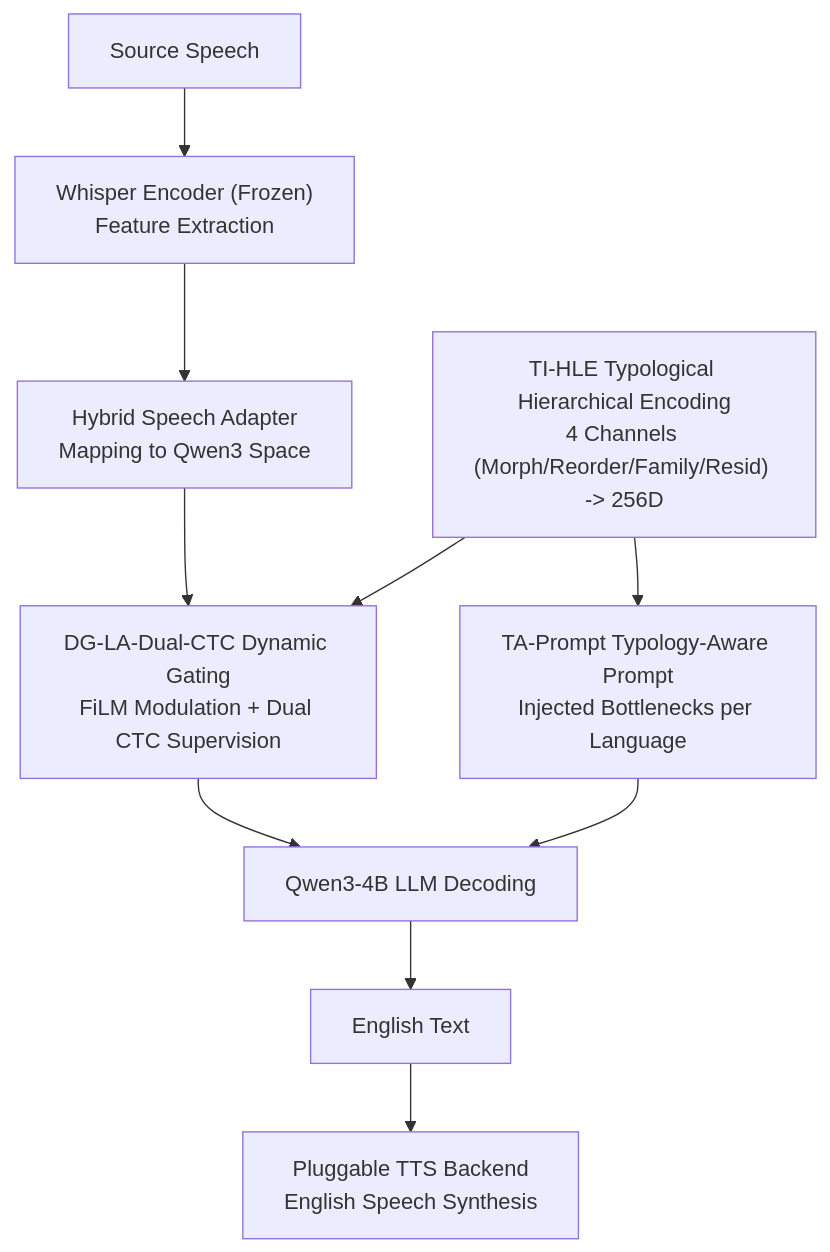
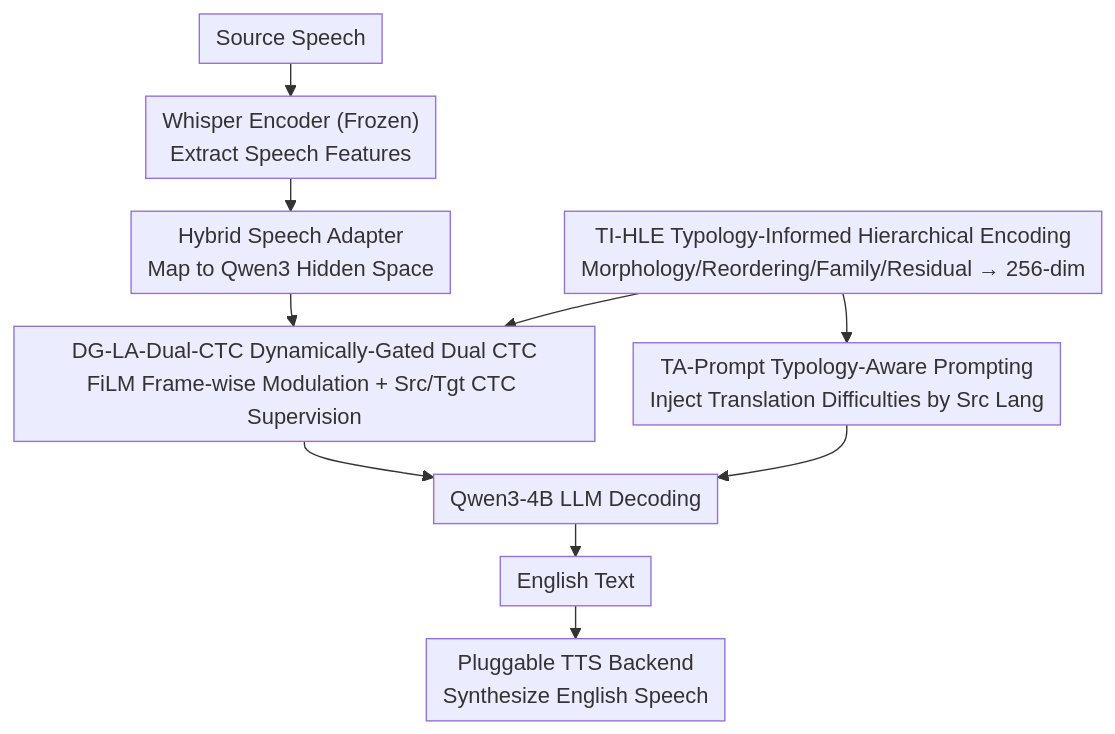
Before and after one commit to zhaoyang97/Paper-Notes-en: the diagram in docs/ACL2026/audio_speech/from_flat_language_labels_to_typological_priors_structured_language_conditioning.md, drawn with Mermaid. The commit also changed other lines of this file and 5084 other files, not shown here.

````diff
--- a/docs/ACL2026/audio_speech/from_flat_language_labels_to_typological_priors_structured_language_conditioning.md
+++ b/docs/ACL2026/audio_speech/from_flat_language_labels_to_typological_priors_structured_language_conditioning.md
@@ -43,12 +43,13 @@
 ```mermaid
-graph TD
-    A["Source Speech"] --> B["Whisper Encoder (Frozen)<br/>Feature Extraction"]
-    B --> C["Hybrid Speech Adapter<br/>Mapping to Qwen3 Space"]
-    L["TI-HLE Typological Hierarchical Encoding<br/>4 Channels (Morph/Reorder/Family/Resid) -> 256D"] --> D
-    C --> D["DG-LA-Dual-CTC Dynamic Gating<br/>FiLM Modulation + Dual CTC Supervision"]
+%%{init: {'flowchart': {'rankSpacing': 24, 'nodeSpacing': 28, 'padding': 6, 'wrappingWidth': 400}}}%%
+flowchart TD
+    A["Source Speech"] --> B["Whisper Encoder (Frozen)<br/>Extract Speech Features"]
+    B --> C["Hybrid Speech Adapter<br/>Map to Qwen3 Hidden Space"]
+    L["TI-HLE Typology-Informed Hierarchical Encoding<br/>Morphology/Reordering/Family/Residual → 256-dim"] --> D
+    C --> D["DG-LA-Dual-CTC Dynamically-Gated Dual CTC<br/>FiLM Frame-wise Modulation + Src/Tgt CTC Supervision"]
     D --> E["Qwen3-4B LLM Decoding"]
-    L --> F["TA-Prompt Typology-Aware Prompt<br/>Injected Bottlenecks per Language"]
+    L --> F["TA-Prompt Typology-Aware Prompting<br/>Inject Translation Difficulties by Src Lang"]
     F --> E
     E --> G["English Text"]
-    G --> H["Pluggable TTS Backend<br/>English Speech Synthesis"]
+    G --> H["Pluggable TTS Backend<br/>Synthesize English Speech"]
 ```
````
